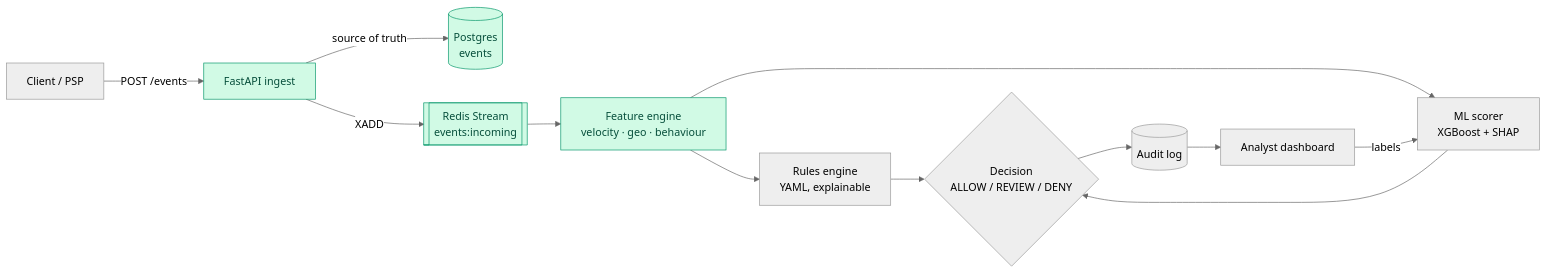
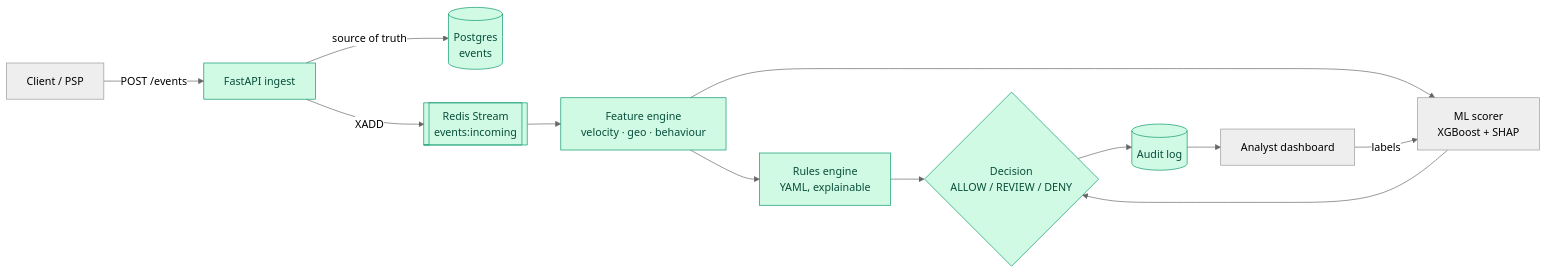
The diagram in README.md (ADARSHputhane/fraud-detection-engine), drawn with Mermaid (neutral theme) before and after one commit. The commit also changed other lines of this file and 20 other files, not shown here.

````diff
--- a/README.md
+++ b/README.md
@@ -21,17 +22,17 @@
 ```mermaid
 flowchart LR
     C[Client / PSP] -->|POST /events| API[FastAPI ingest]
     API -->|source of truth| PG[(Postgres<br/>events)]
     API -->|XADD| RS[[Redis Stream<br/>events:incoming]]
     RS --> FE[Feature engine<br/>velocity · geo · behaviour]
     FE --> RE[Rules engine<br/>YAML, explainable]
     FE --> ML[ML scorer<br/>XGBoost + SHAP]
     RE --> D{Decision<br/>ALLOW / REVIEW / DENY}
     ML --> D
     D --> AUD[(Audit log)]
     AUD --> DASH[Analyst dashboard]
     DASH -->|labels| ML
 
     classDef done fill:#d1fae5,stroke:#059669,color:#064e3b;
-    class API,PG,RS,FE done;
+    class API,PG,RS,FE,RE,D,AUD done;
 ```
````
